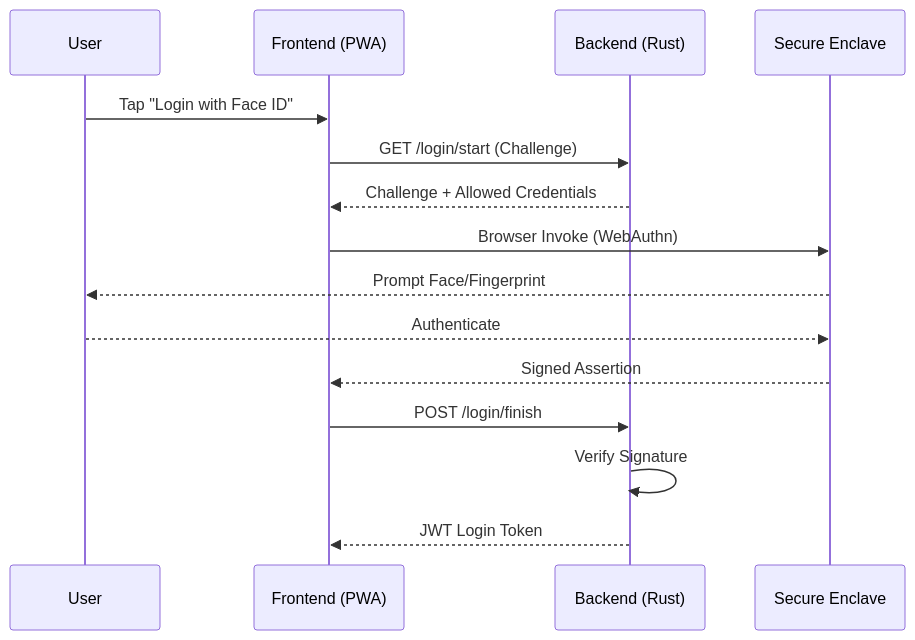
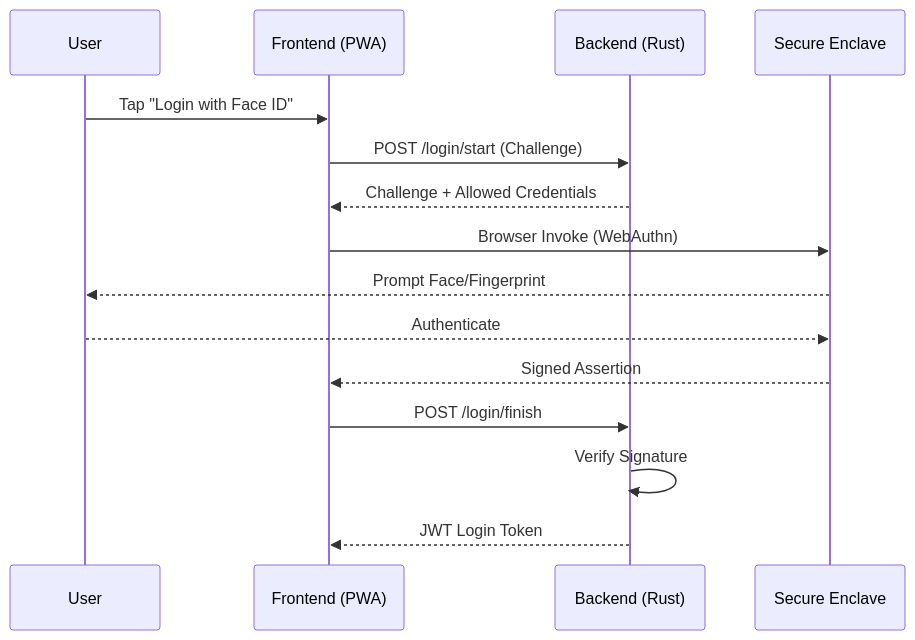
One commit to gammahazard/Vanguard-kennel-frontend changed the fourth of 4 diagrams in README.md. Above: the diagram before and after it, drawn with Mermaid. The commit also changed other lines of this file and 1 other file, not shown here.

Commit message:
debug biometrics

````diff
--- a/README.md
+++ b/README.md
@@ -93,18 +93,18 @@
 ```mermaid
 sequenceDiagram
     participant U as User
     participant F as Frontend (PWA)
     participant B as Backend (Rust)
     participant HW as Secure Enclave
 
     U->>F: Tap "Login with Face ID"
-    F->>B: GET /login/start (Challenge)
+    F->>B: POST /login/start (Challenge)
     B-->>F: Challenge + Allowed Credentials
     F->>HW: Browser Invoke (WebAuthn)
     HW-->>U: Prompt Face/Fingerprint
     U-->>HW: Authenticate
     HW-->>F: Signed Assertion
     F->>B: POST /login/finish
     B->>B: Verify Signature
     B-->>F: JWT Login Token
 ```
````
